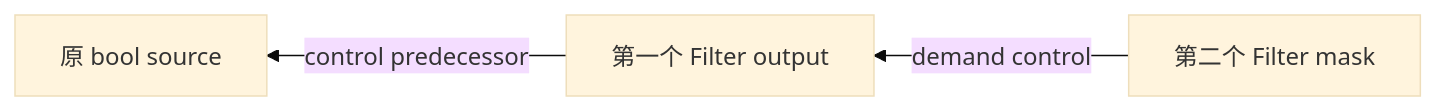
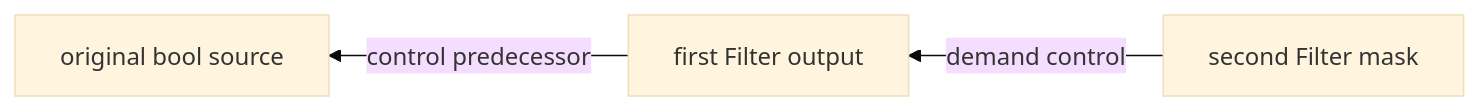
One commit to OpenDCAI/RayOrch changed the second of 2 diagrams in docs/multigrain_v3_6_walkthrough/02_compiler_pipeline.md. Above: the diagram before and after it, drawn with Mermaid (base theme). The commit also changed other lines of this file and 31 other files, not shown here.

Commit message:
docs(v3.6): publish bilingual architecture guides

````diff
--- a/docs/multigrain_v3_6_walkthrough/02_compiler_pipeline.md
+++ b/docs/multigrain_v3_6_walkthrough/02_compiler_pipeline.md
@@ -190,9 +209,9 @@
 ```mermaid
 flowchart RL
-    Mask2["第二个 Filter mask"]
-    Filter1["第一个 Filter output"]
-    Source["原 bool source"]
+    Mask2["second Filter mask"]
+    Filter1["first Filter output"]
+    Source["original bool source"]
 
     Mask2 -->|"demand control"| Filter1
     Filter1 -->|"control predecessor"| Source
 ```
````
